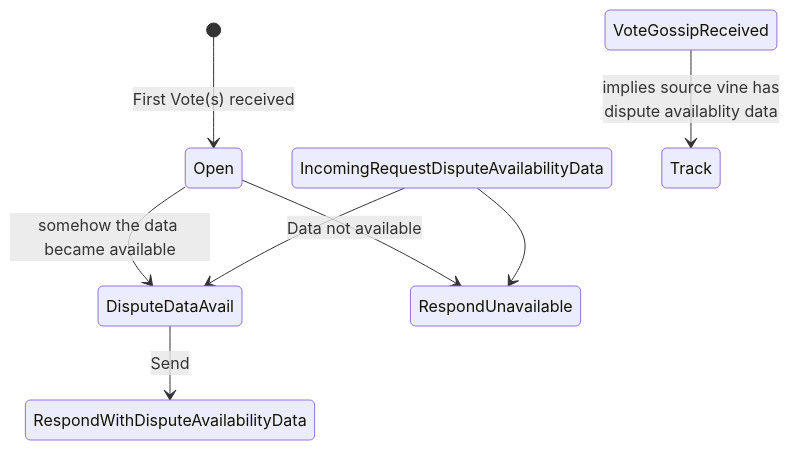
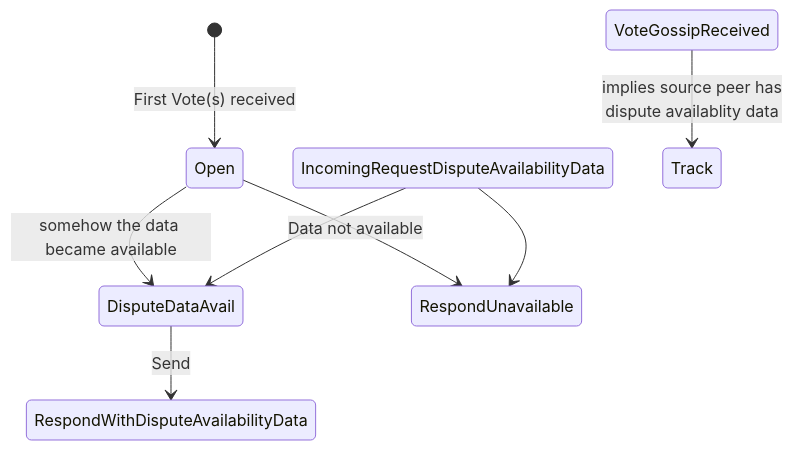
The third of 4 diagrams in roadmap/implementers-guide/src/disputes-flow.md (arpitantier42/evm_43), drawn with Mermaid before and after one commit. The commit also changed other lines of this file and 1336 other files, not shown here.

````diff
--- a/roadmap/implementers-guide/src/disputes-flow.md
+++ b/roadmap/implementers-guide/src/disputes-flow.md
@@ -48,10 +47,10 @@
 ```mermaid
 stateDiagram-v2
     [*] --> Open: First Vote(s) received
     Open --> DisputeDataAvail: somehow the data became available
     Open --> RespondUnavailable: Data not available
     IncomingRequestDisputeAvailabilityData --> RespondUnavailable
     IncomingRequestDisputeAvailabilityData --> DisputeDataAvail
     DisputeDataAvail --> RespondWithDisputeAvailabilityData: Send
-    VoteGossipReceived --> Track: implies source vine has<br />dispute availablity data
+    VoteGossipReceived --> Track: implies source peer has<br />dispute availablity data
 ```
````
